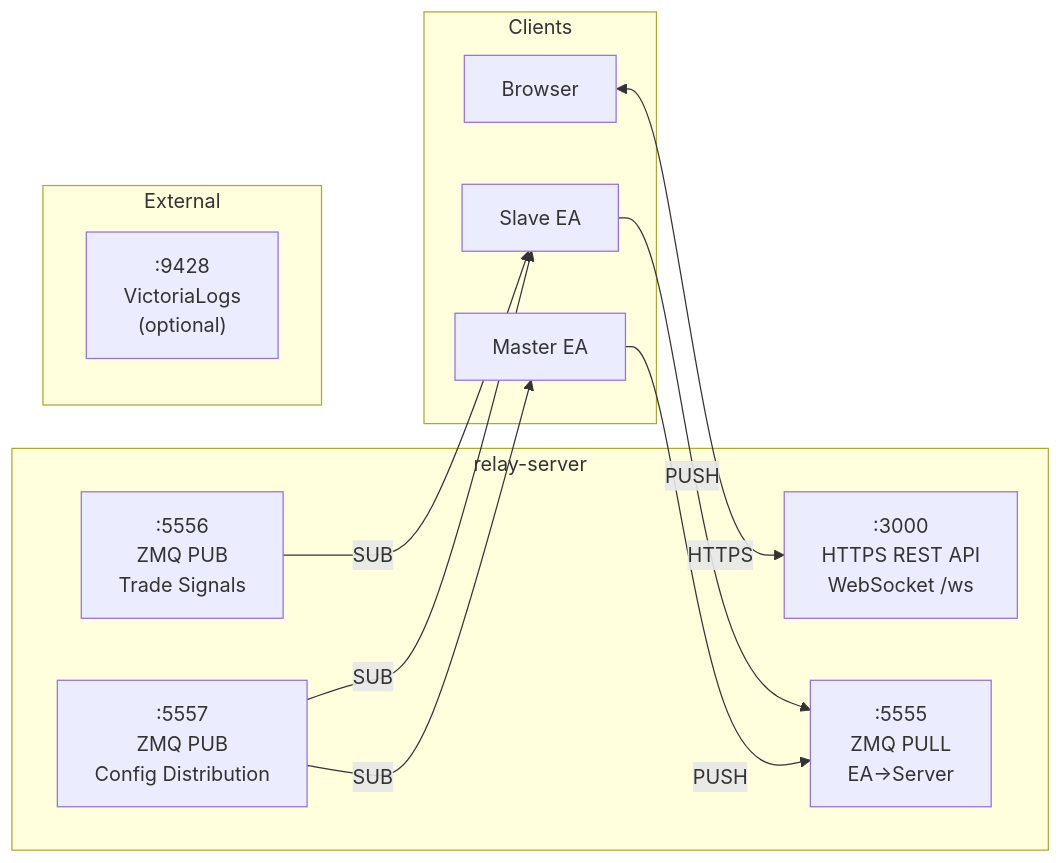
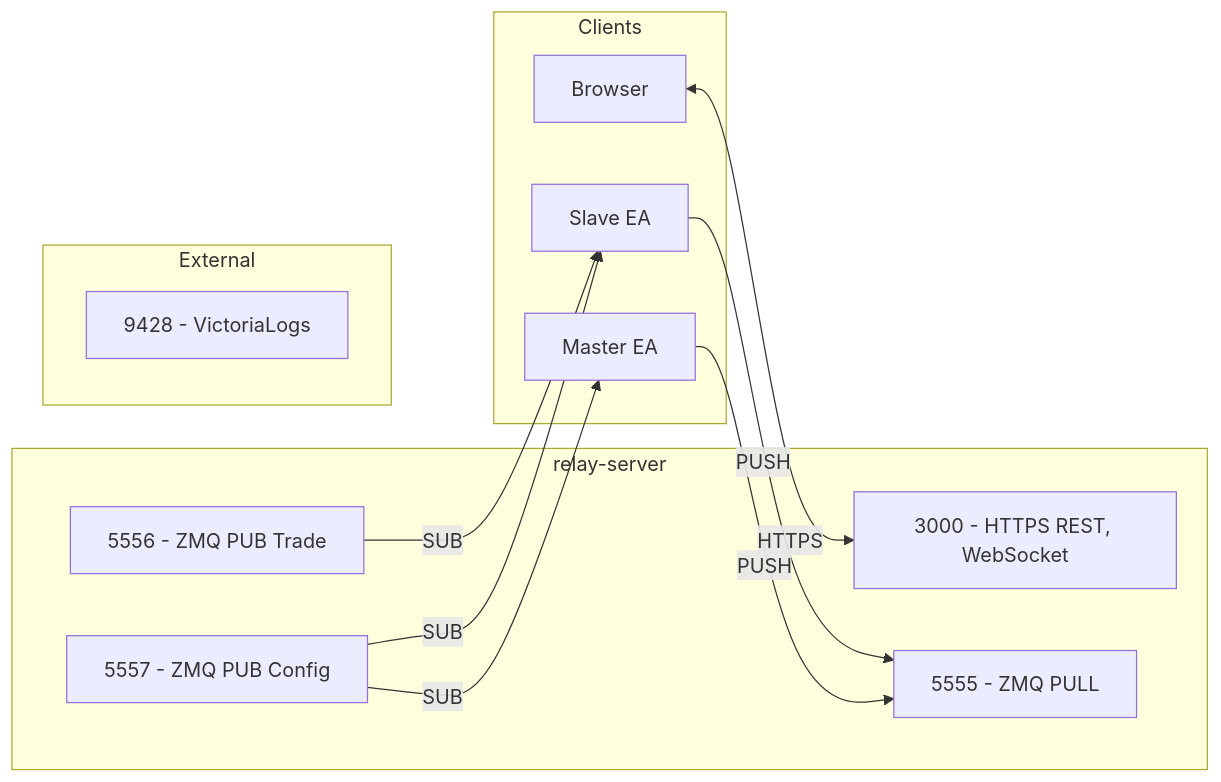
Before and after one commit to poruru210/sankey-copier: diagram 12 of 13 in docs/README.md, drawn with Mermaid. The commit also changed other lines of this file, not shown here.

First line of the commit message:
fix: mermaid構文エラーを修正

````diff
--- a/docs/README.md
+++ b/docs/README.md
@@ -675,26 +674,26 @@
 ```mermaid
 graph LR
-    subgraph "relay-server"
-        P3000[":3000<br/>HTTPS REST API<br/>WebSocket /ws"]
-        P5555[":5555<br/>ZMQ PULL<br/>EA→Server"]
-        P5556[":5556<br/>ZMQ PUB<br/>Trade Signals"]
-        P5557[":5557<br/>ZMQ PUB<br/>Config Distribution"]
+    subgraph relay_ports["relay-server"]
+        P3000["3000 - HTTPS REST, WebSocket"]
+        P5555["5555 - ZMQ PULL"]
+        P5556["5556 - ZMQ PUB Trade"]
+        P5557["5557 - ZMQ PUB Config"]
     end
 
-    subgraph "External"
-        P9428[":9428<br/>VictoriaLogs<br/>(optional)"]
+    subgraph external["External"]
+        P9428["9428 - VictoriaLogs"]
     end
 
-    subgraph "Clients"
-        BROWSER[Browser]
-        EA_M[Master EA]
-        EA_S[Slave EA]
+    subgraph clients["Clients"]
+        BROWSER["Browser"]
+        EA_M["Master EA"]
+        EA_S["Slave EA"]
     end
 
     BROWSER <-->|HTTPS| P3000
     EA_M -->|PUSH| P5555
     EA_S -->|PUSH| P5555
     P5556 -->|SUB| EA_S
     P5557 -->|SUB| EA_M
     P5557 -->|SUB| EA_S
 ```
````
